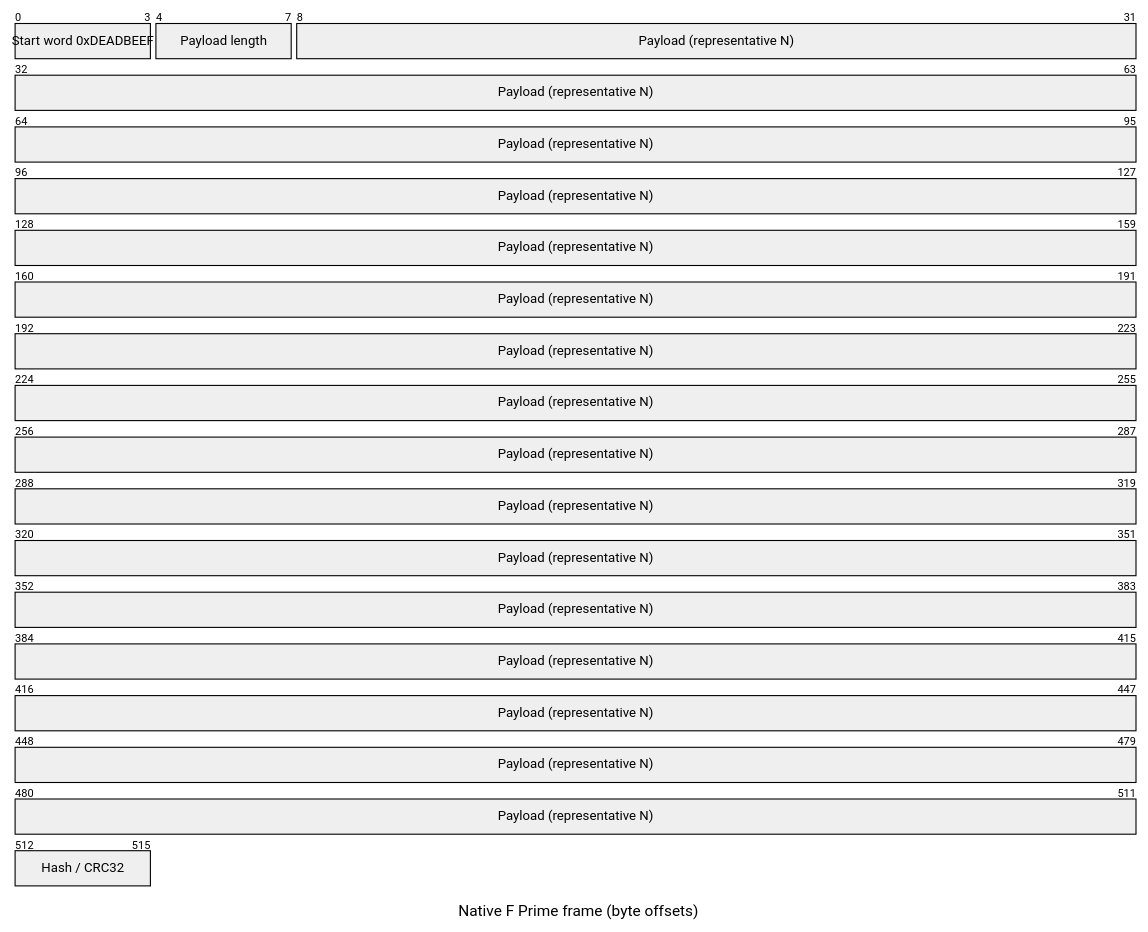
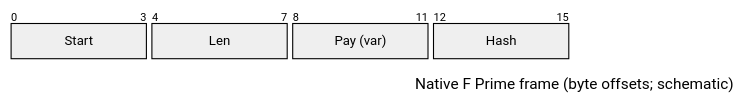
The seventh of 21 diagrams in docs/reference/flight-ground-interface.md (JPL-Devin/fprime), drawn with Mermaid (neutral theme) before and after one commit. The commit also changed other lines of this file, not shown here.

Commit message:
docs: compact Mermaid packet labels

````diff
--- a/docs/reference/flight-ground-interface.md
+++ b/docs/reference/flight-ground-interface.md
@@ -340,8 +340,8 @@
 ```mermaid
 packet-beta
-title Native F Prime frame (byte offsets)
-0-3: "Start word 0xDEADBEEF"
-4-7: "Payload length"
-8-511: "Payload (representative N)"
-512-515: "Hash / CRC32"
+title Native F Prime frame (byte offsets; schematic)
+0-3: "Start"
+4-7: "Len"
+8-11: "Pay (var)"
+12-15: "Hash"
 ```
````
